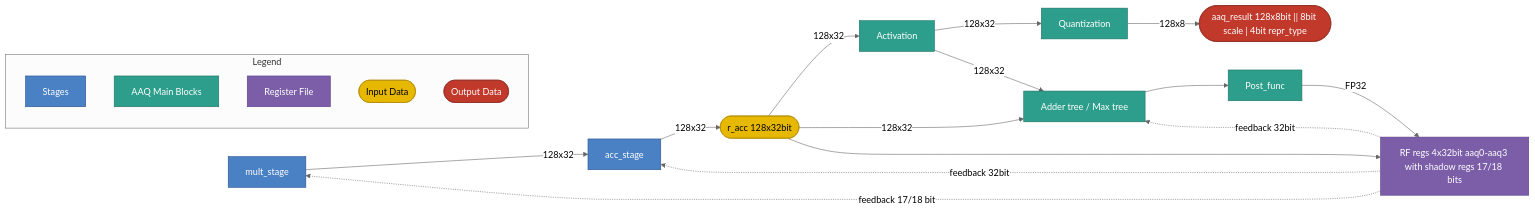
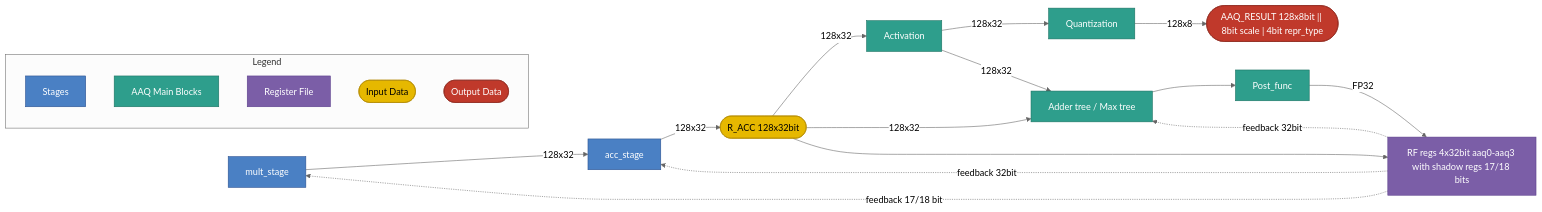
The first of 2 diagrams in docs/content/specs/stage-aaq.md (rechefe/ipu-emulator), drawn with Mermaid (neutral theme) before and after one commit. The commit also changed other lines of this file and 3 other files, not shown here.

````diff
--- a/docs/content/specs/stage-aaq.md
+++ b/docs/content/specs/stage-aaq.md
@@ -14,40 +14,40 @@
 ```mermaid
 flowchart LR
     mult_stage:::blue
     acc_stage:::blue
-    ACC(["r_acc 128x32bit"]):::yellow
-    OUT(["aaq_result 128x8bit || 8bit scale | 4bit repr_type"]):::red
+    ACC(["R_ACC 128x32bit"]):::yellow
+    OUT(["AAQ_RESULT 128x8bit || 8bit scale | 4bit repr_type"]):::red
     ACT["Activation"]:::teal
     QUANT["Quantization"]:::teal
     RED["Adder tree / Max tree"]:::teal
     PFN["Post_func"]:::teal
     RF["RF regs 4x32bit aaq0-aaq3 with shadow regs 17/18 bits"]:::purple
 
     ACC -->|128x32| ACT
     ACC -->|128x32| RED
     ACT -->|128x32| QUANT
     ACT --> |128x32| RED
     QUANT -->|128x8| OUT
     mult_stage --> |128x32| acc_stage
     acc_stage --> |128x32| ACC
     ACC --> RF
     RED --> PFN
     PFN -->|FP32| RF
     RF -.->|feedback 32bit| RED
     RF -.->|feedback 17/18 bit| mult_stage
     RF -.->|feedback 32bit| acc_stage
 
     subgraph LEGEND["Legend"]
         L_blue["Stages"]:::blue
         L_teal["AAQ Main Blocks"]:::teal
         L_purple["Register File"]:::purple
         L_yellow(["Input Data"]):::yellow
         L_red(["Output Data"]):::red
     end
 
     classDef blue fill:#4a80c4,stroke:#2a5090,color:#fff
     classDef teal fill:#2e9e8c,stroke:#1a7060,color:#fff
     classDef purple fill:#7b5ea7,stroke:#5a3d8a,color:#fff
     classDef yellow fill:#e6b800,stroke:#b38a00,color:#000
     classDef red fill:#c0392b,stroke:#922b21,color:#fff
 ```
````
